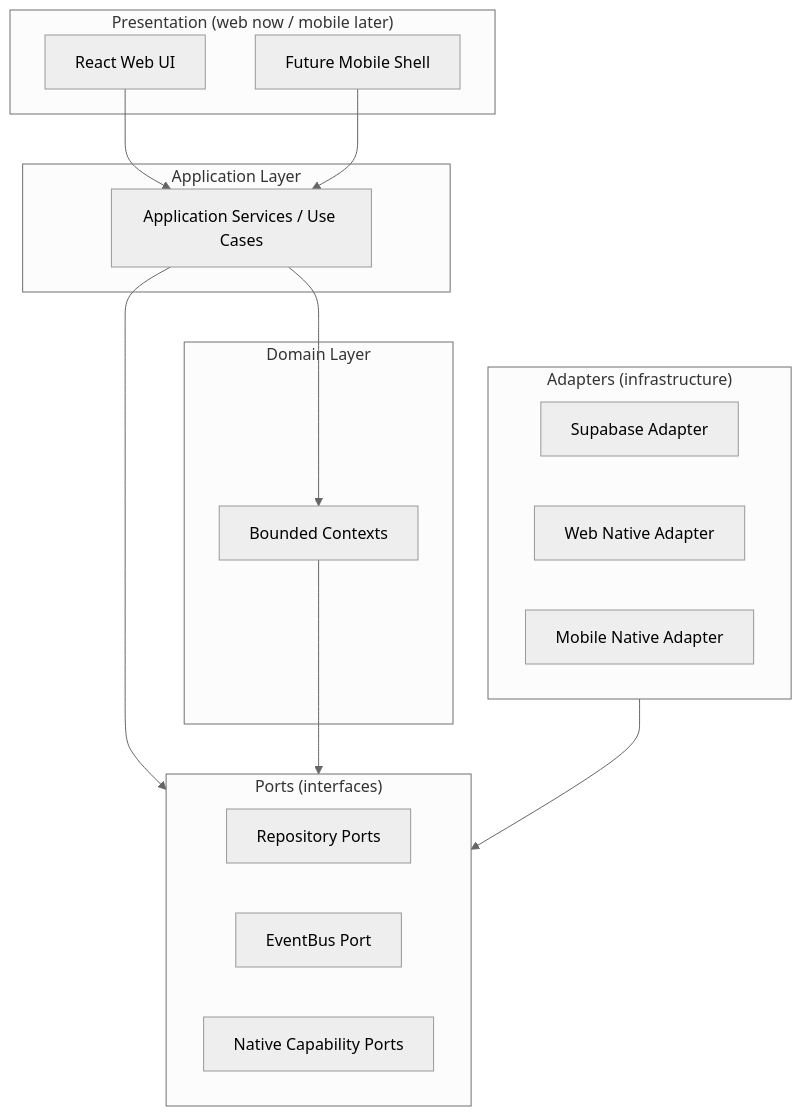
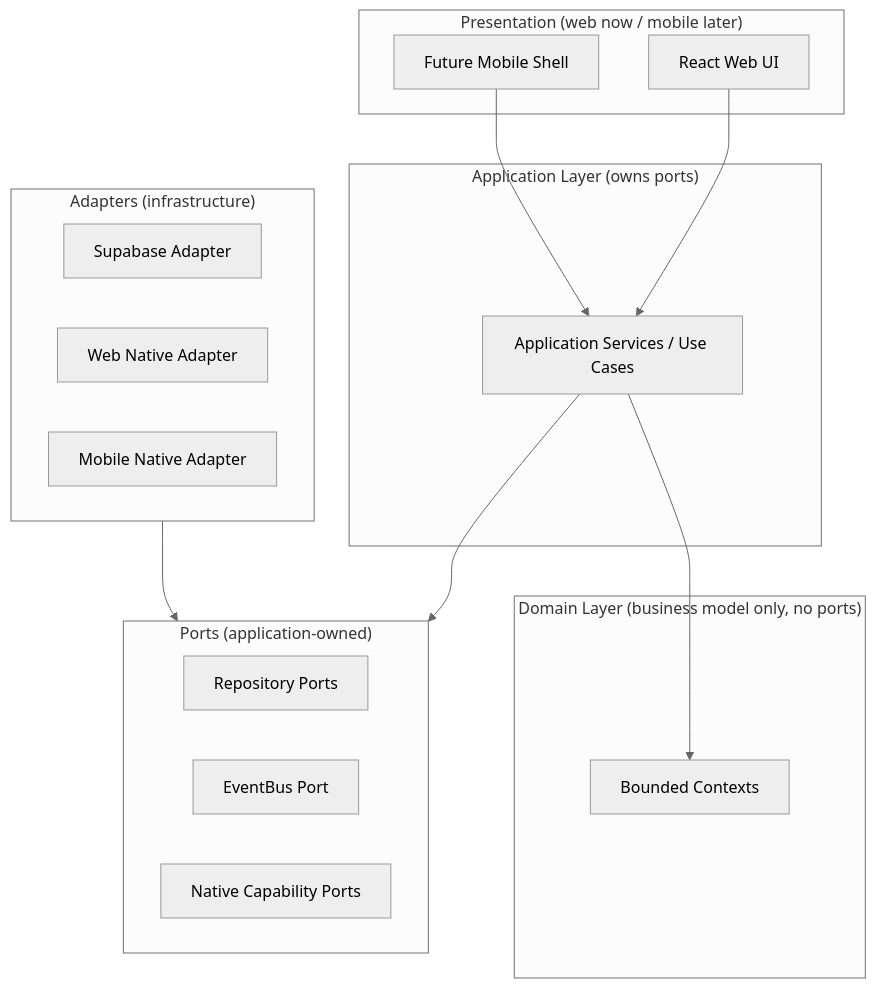
One commit to njaglobal/SportsOS changed the diagram in docs/architecture/architecture-overview.md. Above: the diagram before and after it, drawn with Mermaid (neutral theme). The commit also changed other lines of this file and 43 other files, not shown here.

````diff
--- a/docs/architecture/architecture-overview.md
+++ b/docs/architecture/architecture-overview.md
@@ -43,30 +46,29 @@
 ```mermaid
 flowchart TB
   subgraph Presentation["Presentation (web now / mobile later)"]
     WebUI["React Web UI"]
     MobileUI["Future Mobile Shell"]
   end
-  subgraph Application["Application Layer"]
+  subgraph Application["Application Layer (owns ports)"]
     AppServices["Application Services / Use Cases"]
   end
-  subgraph Domain["Domain Layer"]
+  subgraph Domain["Domain Layer (business model only, no ports)"]
     BCs["Bounded Contexts"]
   end
-  subgraph Ports["Ports (interfaces)"]
+  subgraph Ports["Ports (application-owned)"]
     Repo["Repository Ports"]
     Bus["EventBus Port"]
     Native["Native Capability Ports"]
   end
   subgraph Adapters["Adapters (infrastructure)"]
     Supabase["Supabase Adapter"]
     WebNative["Web Native Adapter"]
     MobileNative["Mobile Native Adapter"]
   end
 
   WebUI --> AppServices
   MobileUI --> AppServices
   AppServices --> BCs
   AppServices --> Ports
-  BCs --> Ports
   Adapters --> Ports
 ```
````
